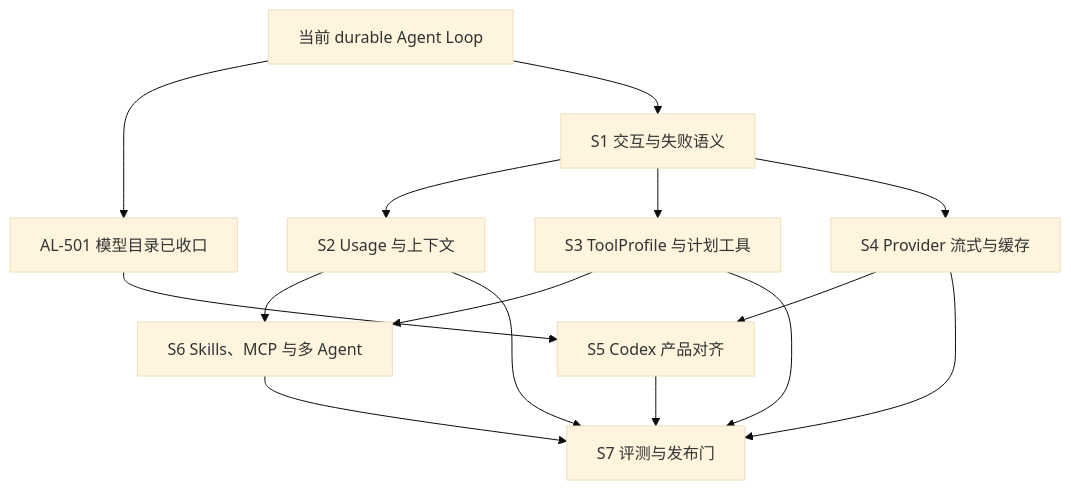
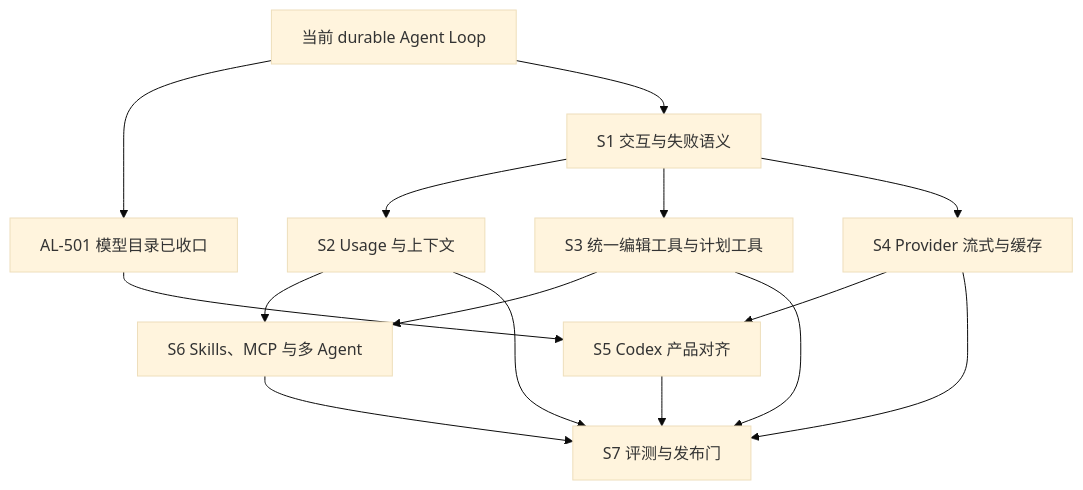
The diagram in docs/agent-harness-implementation-plan.md (chogng/zeta), drawn with Mermaid (base theme) before and after one commit. The commit also changed other lines of this file and 66 other files, not shown here.

First line of the commit message:
feat(agent-loop): complete S3 tool profile and durable plan

````diff
--- a/docs/agent-harness-implementation-plan.md
+++ b/docs/agent-harness-implementation-plan.md
@@ -148,17 +148,17 @@
 ```mermaid
 flowchart TD
     Current[当前 durable Agent Loop] --> Catalog[AL-501 模型目录已收口]
     Current --> S1[S1 交互与失败语义]
     S1 --> S2[S2 Usage 与上下文]
-    S1 --> S3[S3 ToolProfile 与计划工具]
+    S1 --> S3[S3 统一编辑工具与计划工具]
     S1 --> S4[S4 Provider 流式与缓存]
     Catalog --> S5[S5 Codex 产品对齐]
     S4 --> S5
     S2 --> S6[S6 Skills、MCP 与多 Agent]
     S3 --> S6
     S2 --> S7[S7 评测与发布门]
     S3 --> S7
     S4 --> S7
     S5 --> S7
     S6 --> S7
 ```
````
